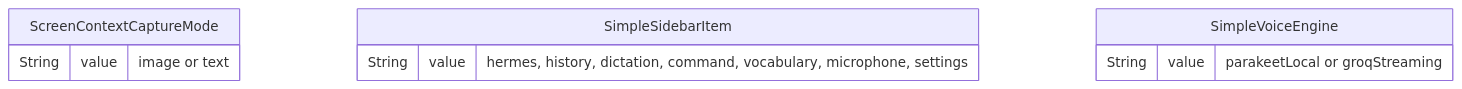
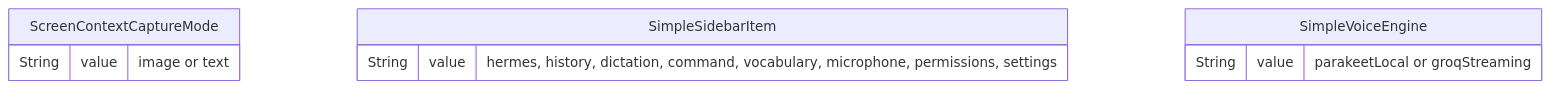
The seventh of 12 diagrams in datamodel.md (dkapo88/WonderWhisper-macOS), drawn with Mermaid before and after one commit. The commit also changed other lines of this file and 5 other files, not shown here.

````diff
--- a/datamodel.md
+++ b/datamodel.md
@@ -303,14 +303,14 @@
 ```mermaid
 erDiagram
     ScreenContextCaptureMode {
         String value "image or text"
     }
     
     SimpleSidebarItem {
-        String value "hermes, history, dictation, command, vocabulary, microphone, settings"
+        String value "hermes, history, dictation, command, vocabulary, microphone, permissions, settings"
     }
     
     SimpleVoiceEngine {
         String value "parakeetLocal or groqStreaming"
     }
 ```
````
